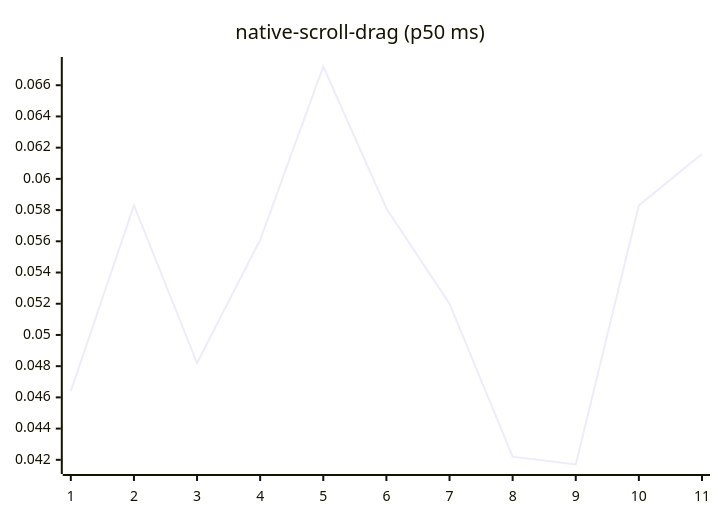
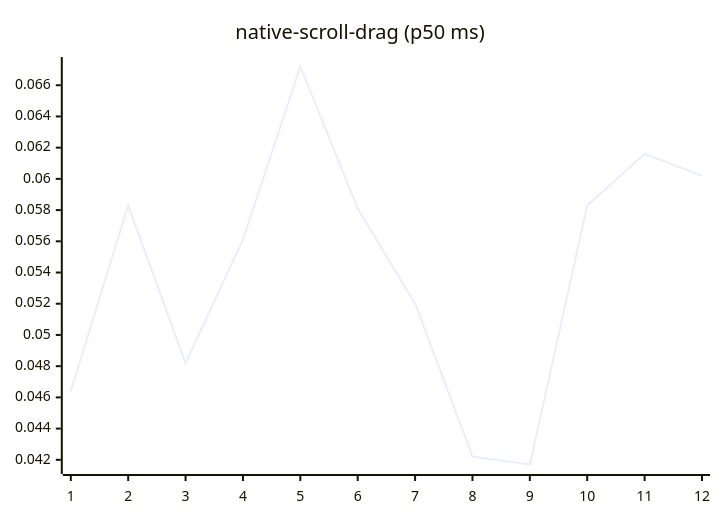
Diagram 14 of 27 in README.md (josha/Facet), drawn with Mermaid before and after one commit. The commit also changed other lines of this file and 2 other files, not shown here.

````diff
--- a/README.md
+++ b/README.md
@@ -154,6 +154,6 @@
 ```mermaid
 xychart-beta
     title "native-scroll-drag (p50 ms)"
-    x-axis 1 --> 11
-    line [0.0464, 0.0583, 0.0482, 0.0561, 0.0672, 0.0581, 0.0520, 0.0422, 0.0417, 0.0583, 0.0616]
+    x-axis 1 --> 12
+    line [0.0464, 0.0583, 0.0482, 0.0561, 0.0672, 0.0581, 0.0520, 0.0422, 0.0417, 0.0583, 0.0616, 0.0602]
 ```
````
